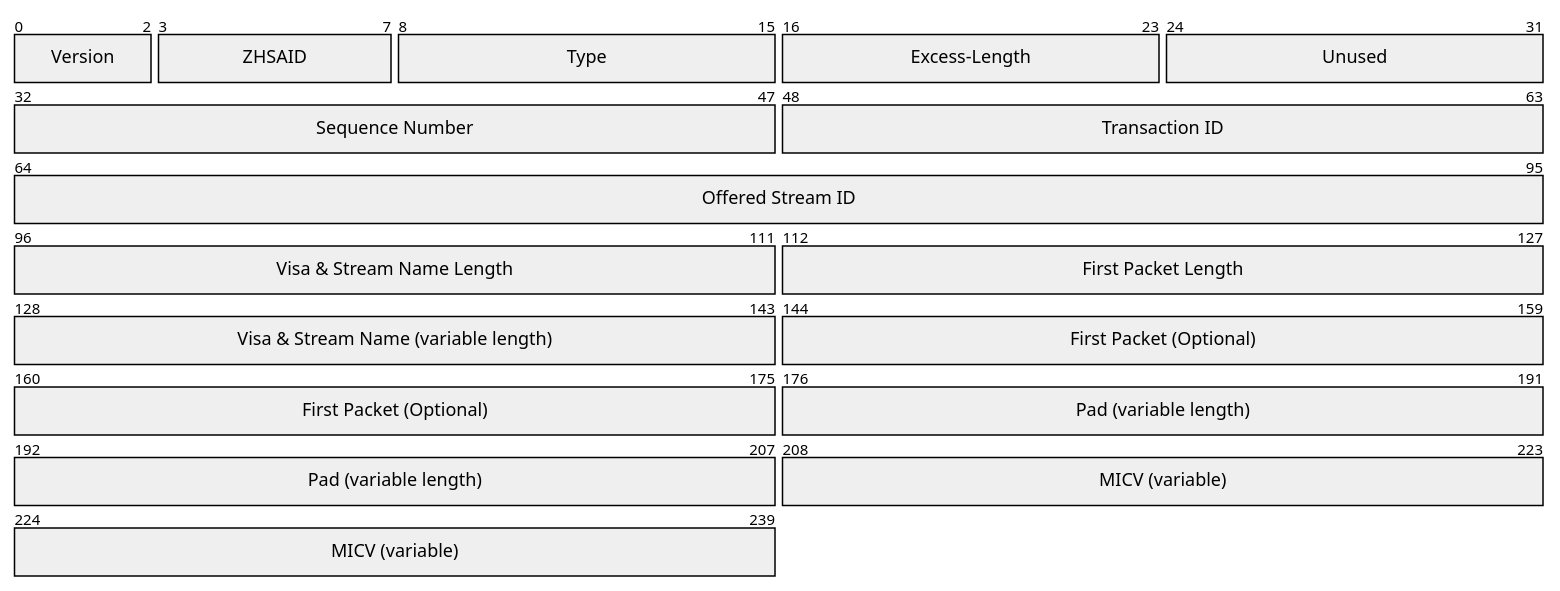
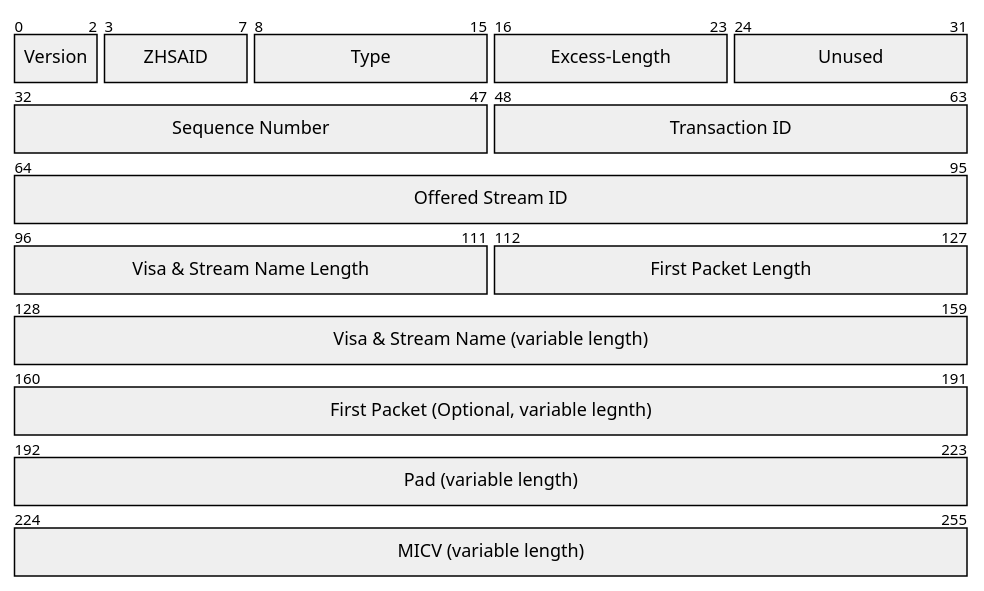
One commit to org-zpr/zpr-rfcs changed diagram 17 of 44 in src/17-ZPR-Data-Protocol/body.md. Above: the diagram before and after it, drawn with Mermaid. The commit also changed other lines of this file, not shown here.

Commit message:
Make packet diagrams a readable size

````diff
--- a/src/17-ZPR-Data-Protocol/body.md
+++ b/src/17-ZPR-Data-Protocol/body.md
@@ -2853,18 +2905,24 @@
 ``` mermaid
+---
+config:
+  themeCSS: ".packetLabel { font-size: 14px } .packetByte { font-size: 11px }"
+  packet:
+    bitWidth: 20
+---
 %%| fig-cap: Stream ID Request Message Format
 packet
 +3: "Version"
 +5: "ZHSAID"
 +8: "Type"
 +8: "Excess-Length"
 +8: "Unused"
 +16: "Sequence Number"
 +16: "Transaction ID"
 +32: "Offered Stream ID"
 +16: "Visa & Stream Name Length"
 +16: "First Packet Length"
-+16: "Visa & Stream Name (variable length)"
-+32: "First Packet (Optional)"
++32: "Visa & Stream Name (variable length)"
++32: "First Packet (Optional, variable legnth)"
 +32: "Pad (variable length)"
-+32: "MICV (variable)"
++32: "MICV (variable length)"
 ```
````
